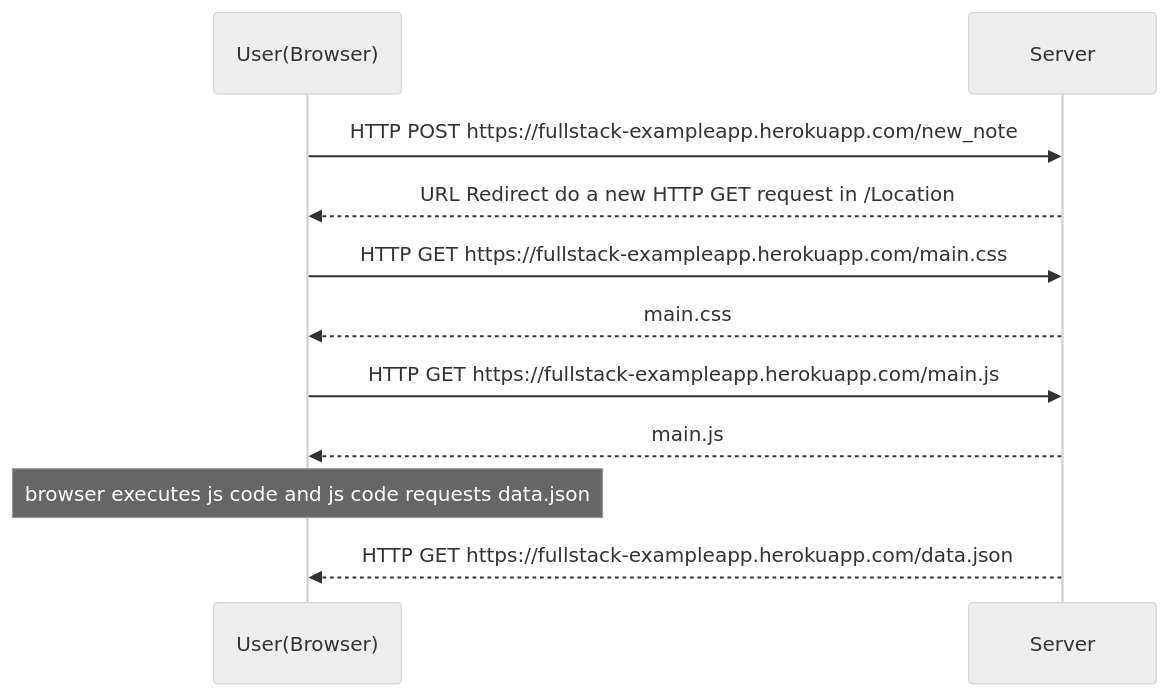
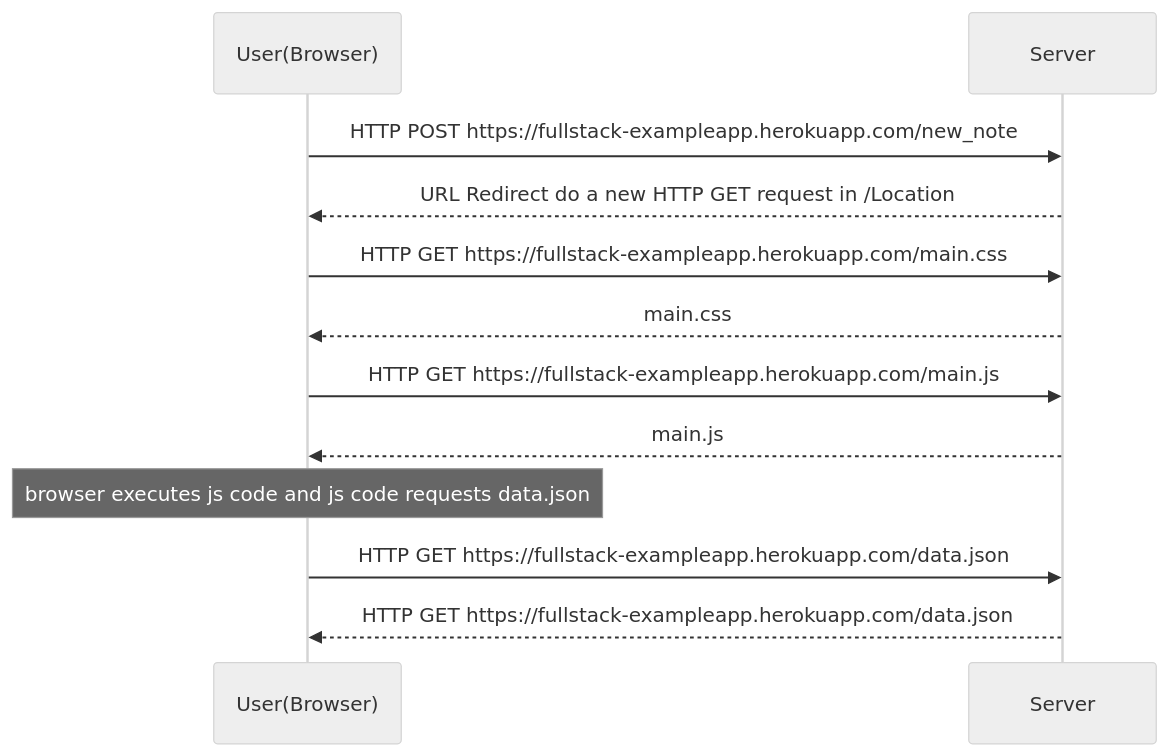
One commit to Midastgk/fullstackopen changed the diagram in part0/0.4: New note diagram.md. Above: the diagram before and after it, drawn with Mermaid (neutral theme).

Commit message:
Update 0.4: New note diagram.md

````diff
--- a/part0/0.4: New note diagram.md
+++ b/part0/0.4: New note diagram.md
@@ -1,14 +1,15 @@
 ```mermaid
 sequenceDiagram
     participant User(Browser)
     participant Server
     User(Browser)->>Server: HTTP POST https://fullstack-exampleapp.herokuapp.com/new_note
     Server-->>User(Browser): URL Redirect do a new HTTP GET request in /Location
     User(Browser)->>Server: HTTP GET https://fullstack-exampleapp.herokuapp.com/main.css
     Server-->>User(Browser): main.css
     User(Browser)->>Server: HTTP GET https://fullstack-exampleapp.herokuapp.com/main.js
     Server-->>User(Browser): main.js
     Note over User(Browser): browser executes js code and js code requests data.json
+    User(Browser)->>Server: HTTP GET https://fullstack-exampleapp.herokuapp.com/data.json
     Server-->>User(Browser): HTTP GET https://fullstack-exampleapp.herokuapp.com/data.json
     
 ```
````
